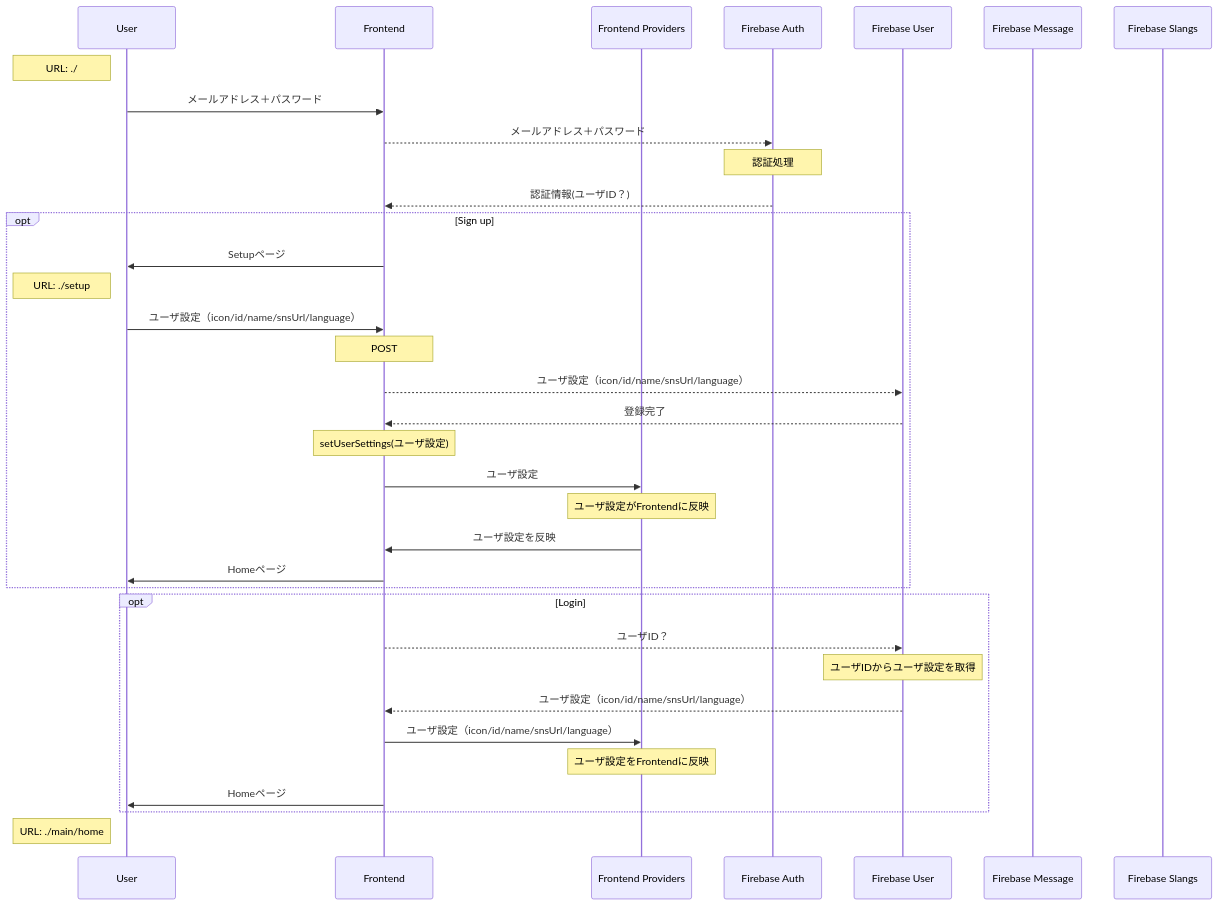
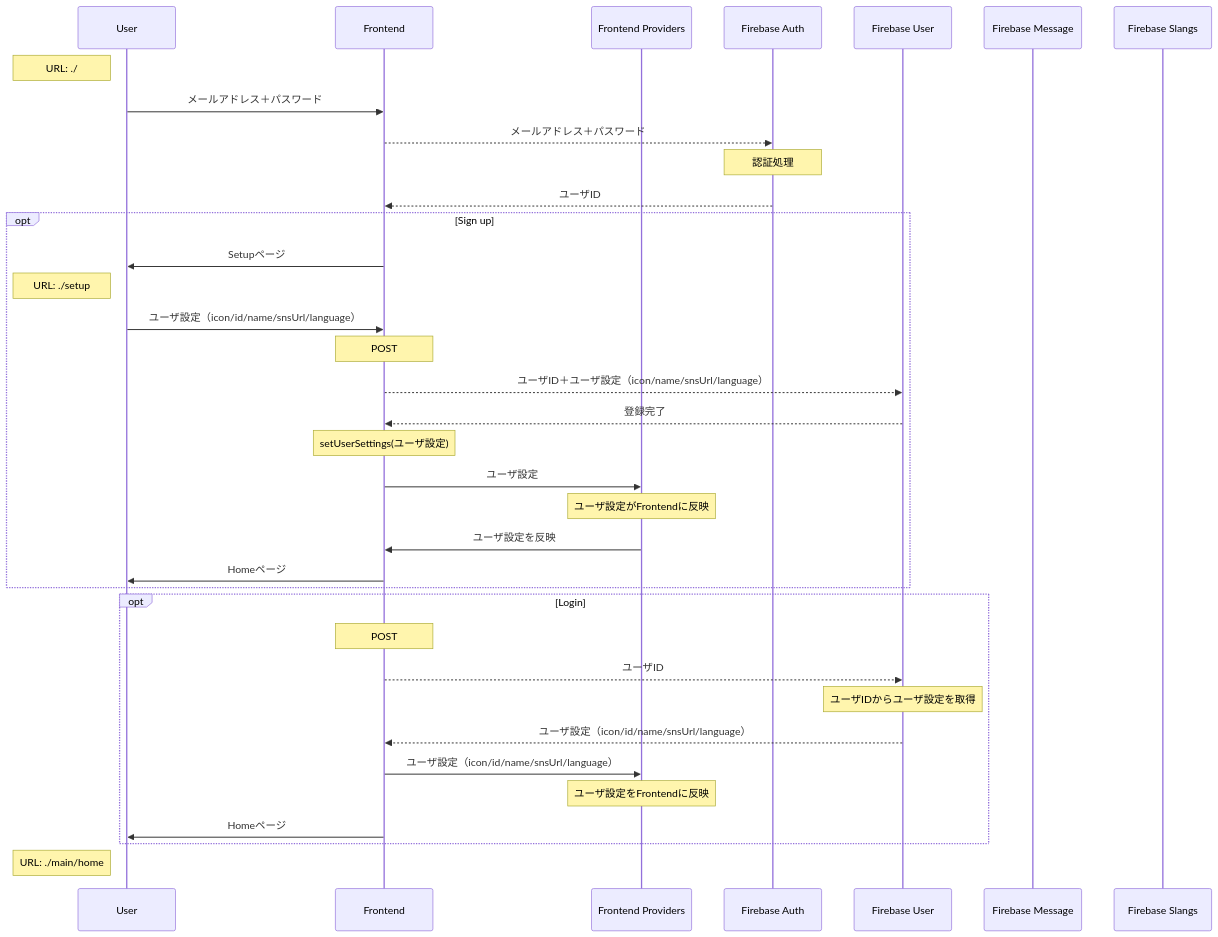
Before and after one commit to hirafish/emocha: the first of 3 diagrams in frontend/README.md, drawn with Mermaid. The commit also changed other lines of this file, not shown here.

````diff
--- a/frontend/README.md
+++ b/frontend/README.md
@@ -64,41 +64,42 @@
 ```mermaid
 sequenceDiagram
 
 participant User
 participant Frontend
 participant Frontend Providers
 participant Firebase Auth
 participant Firebase User
 participant Firebase Message
 participant Firebase Slangs
 
 Note left of User: URL: ./
 User ->> Frontend: メールアドレス＋パスワード
 Frontend -->> Firebase Auth: メールアドレス＋パスワード
 Note over Firebase Auth: 認証処理
-Firebase Auth -->> Frontend: 認証情報(ユーザID？)
+Firebase Auth -->> Frontend: ユーザID
 
 opt Sign up
 Frontend ->> User: Setupページ
 Note left of User: URL: ./setup
 User ->> Frontend: ユーザ設定（icon/id/name/snsUrl/language）
 Note over Frontend: POST
-Frontend -->> Firebase User: ユーザ設定（icon/id/name/snsUrl/language）
+Frontend -->> Firebase User: ユーザID＋ユーザ設定（icon/name/snsUrl/language）
 Firebase User-->> Frontend: 登録完了
 Note over Frontend: setUserSettings(ユーザ設定)
 Frontend ->> Frontend Providers: ユーザ設定
 Note over Frontend Providers: ユーザ設定がFrontendに反映
 Frontend Providers ->> Frontend: ユーザ設定を反映
 Frontend ->> User: Homeページ
 end
 
 opt Login
-Frontend -->> Firebase User:ユーザID？
+Note over Frontend: POST
+Frontend -->> Firebase User:ユーザID
 Note over Firebase User: ユーザIDからユーザ設定を取得
 Firebase User -->> Frontend: ユーザ設定（icon/id/name/snsUrl/language）
 Frontend ->> Frontend Providers: ユーザ設定（icon/id/name/snsUrl/language）
 Note over Frontend Providers: ユーザ設定をFrontendに反映
 Frontend ->> User: Homeページ
 end
 Note left of User: URL: ./main/home
 ```
````
